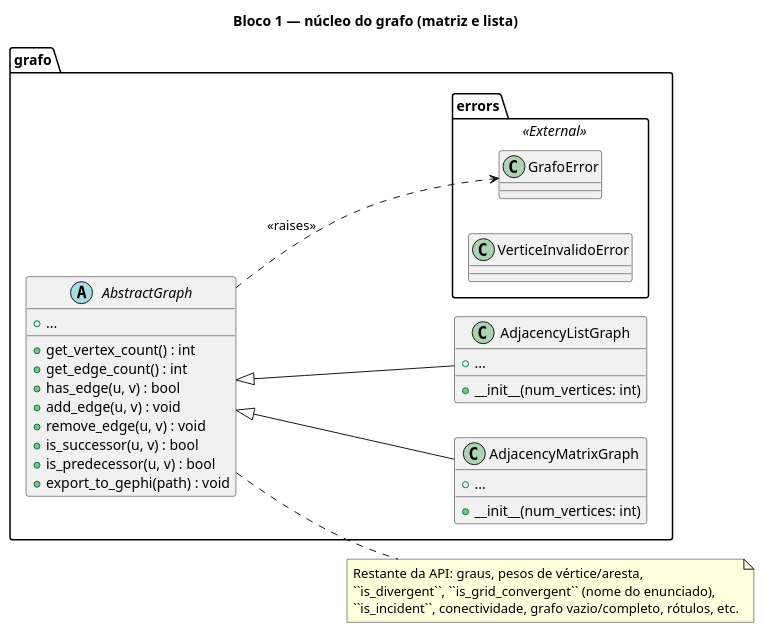
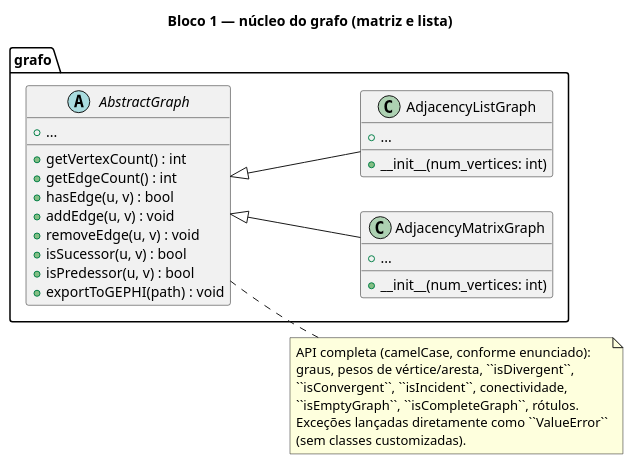
Before and after one commit to Erickguedesc/trabalho-pratico-grafos: the diagram in docs/contrato/diagrama-grafo.puml, drawn with PlantUML. The commit also changed 11 other files, not shown here.

```diff
--- a/docs/contrato/diagrama-grafo.puml
+++ b/docs/contrato/diagrama-grafo.puml
@@ -1,46 +1,43 @@
 @startuml diagrama-grafo
 
 title Bloco 1 — núcleo do grafo (matriz e lista)
 
 left to right direction
 
 package grafo {
   abstract class AbstractGraph {
-    + get_vertex_count() : int
-    + get_edge_count() : int
-    + has_edge(u, v) : bool
-    + add_edge(u, v) : void
-    + remove_edge(u, v) : void
-    + is_successor(u, v) : bool
-    + is_predecessor(u, v) : bool
-    + export_to_gephi(path) : void
+    + getVertexCount() : int
+    + getEdgeCount() : int
+    + hasEdge(u, v) : bool
+    + addEdge(u, v) : void
+    + removeEdge(u, v) : void
+    + isSucessor(u, v) : bool
+    + isPredessor(u, v) : bool
+    + exportToGEPHI(path) : void
     + ...
   }
 
   class AdjacencyMatrixGraph {
     + __init__(num_vertices: int)
     + ...
   }
 
   class AdjacencyListGraph {
     + __init__(num_vertices: int)
     + ...
   }
 }
 
-package grafo.errors <<External>> {
-  class GrafoError
-  class VerticeInvalidoError
-}
-
 AbstractGraph <|-- AdjacencyMatrixGraph
 AbstractGraph <|-- AdjacencyListGraph
-AbstractGraph ..> GrafoError : <<raises>>
 
 note right of AbstractGraph
-  Restante da API: graus, pesos de vértice/aresta,
-  ``is_divergent``, ``is_grid_convergent`` (nome do enunciado),
-  ``is_incident``, conectividade, grafo vazio/completo, rótulos, etc.
+  API completa (camelCase, conforme enunciado):
+  graus, pesos de vértice/aresta, ``isDivergent``,
+  ``isConvergent``, ``isIncident``, conectividade,
+  ``isEmptyGraph``, ``isCompleteGraph``, rótulos.
+  Exceções lançadas diretamente como ``ValueError``
+  (sem classes customizadas).
 end note
 
 @enduml
```
